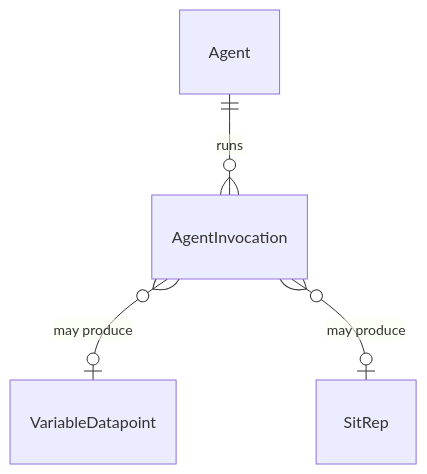
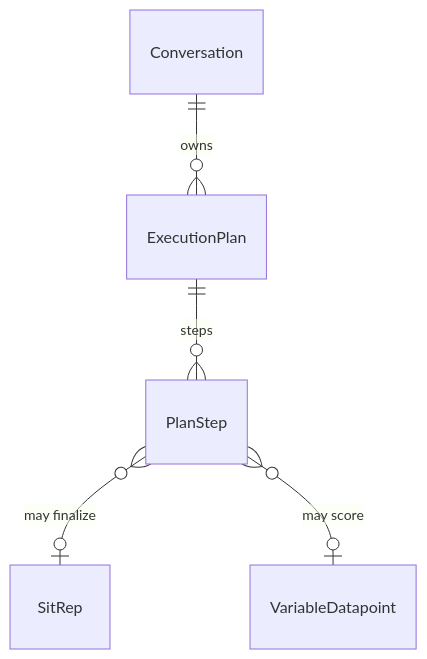
The fourth of 7 diagrams in docs/ideation/vision.md (FeatureFactory-io/huginn), drawn with Mermaid before and after one commit. The commit also changed other lines of this file and 2 other files, not shown here.

````diff
--- a/docs/ideation/vision.md
+++ b/docs/ideation/vision.md
@@ -224,6 +225,7 @@
 ```mermaid
 erDiagram
-    Agent ||--o{ AgentInvocation : runs
-    AgentInvocation }o--o| VariableDatapoint : "may produce"
-    AgentInvocation }o--o| SitRep : "may produce"
+    Conversation ||--o{ ExecutionPlan : owns
+    ExecutionPlan ||--o{ PlanStep : steps
+    PlanStep }o--o| SitRep : "may finalize"
+    PlanStep }o--o| VariableDatapoint : "may score"
 ```
````
